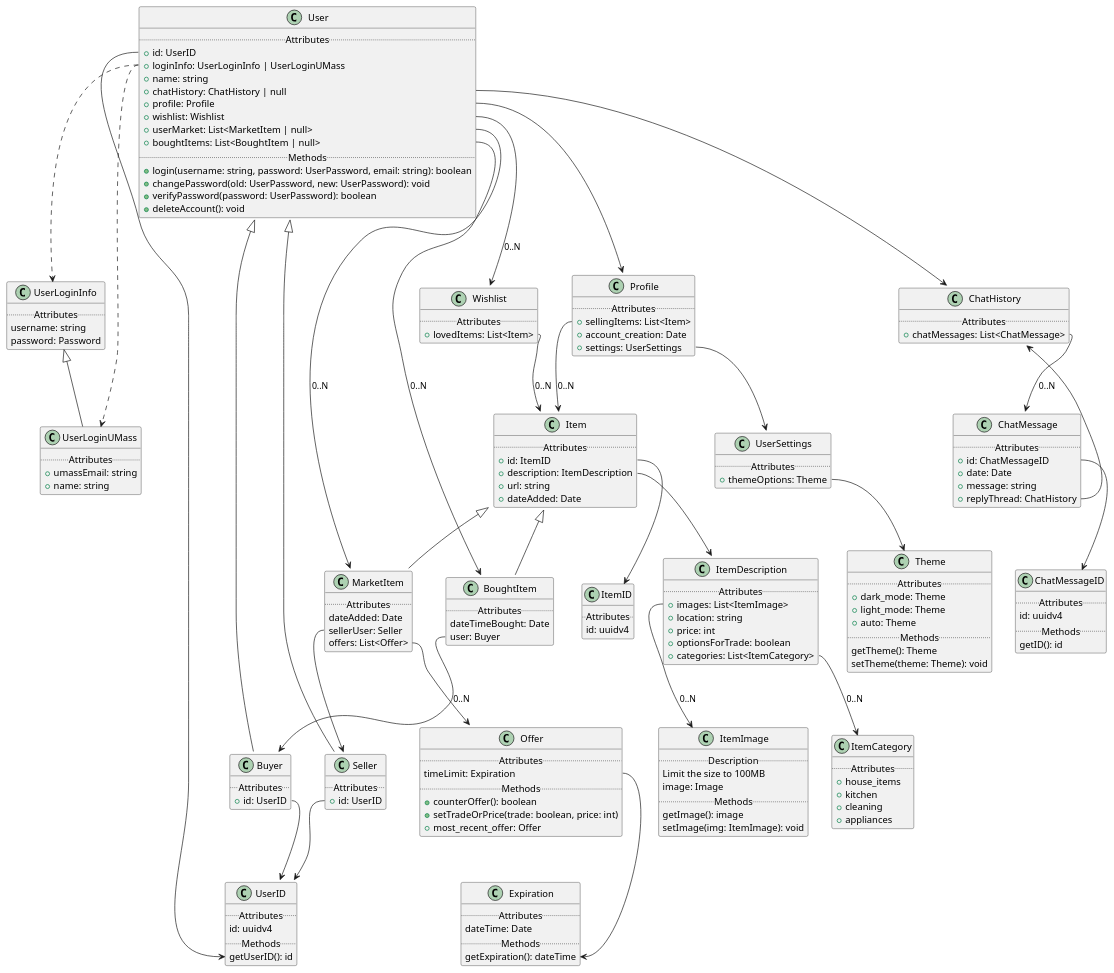
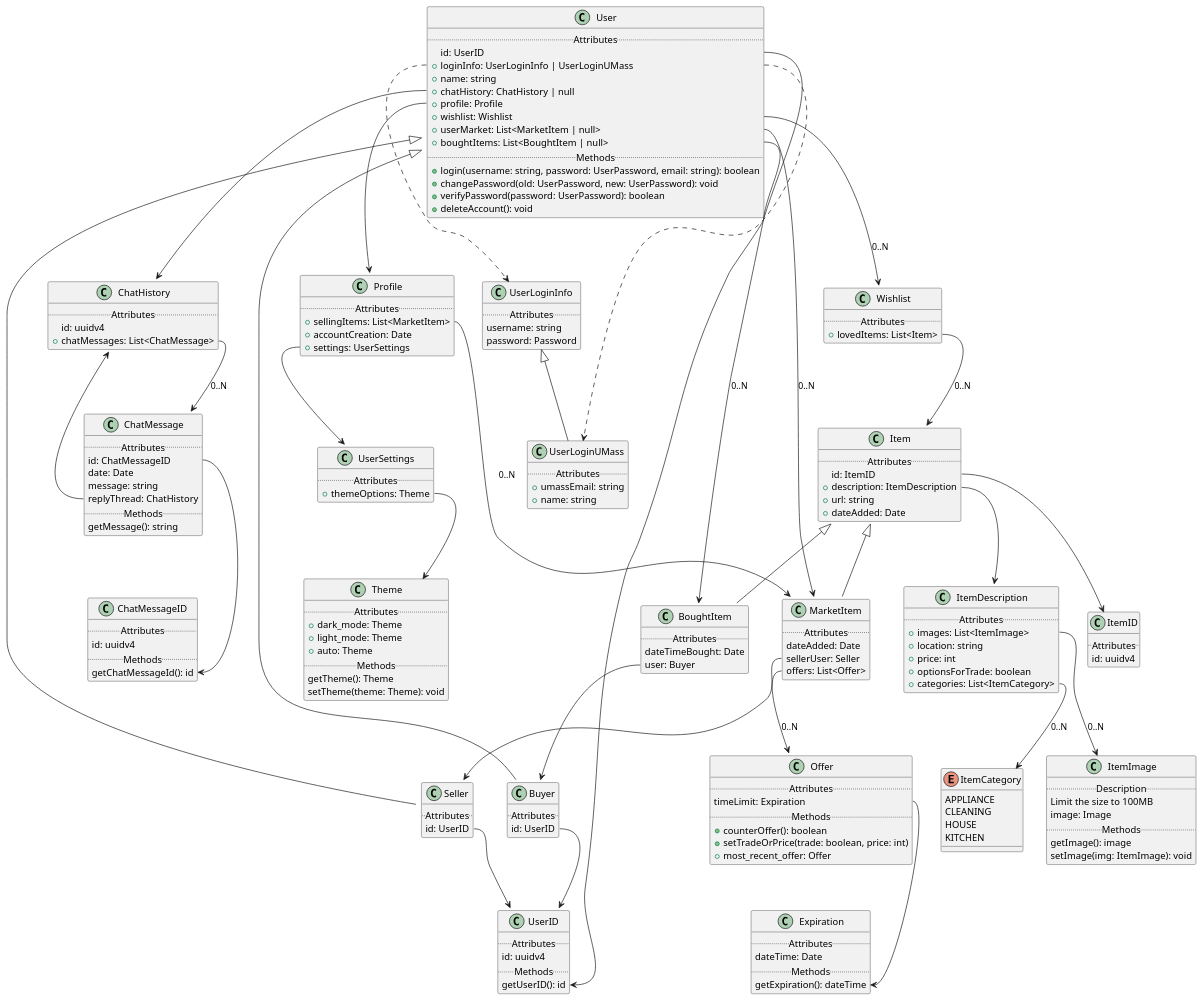
One commit to sophiatangg/CS320-Student-Marketplace changed the diagram in projectDiagram.puml. Above: the diagram before and after it, drawn with PlantUML.

```diff
--- a/projectDiagram.puml
+++ b/projectDiagram.puml
@@ -6,7 +6,7 @@
 
 class User {
   .. Attributes ..
-  + id: UserID
+  id: UserID
   + loginInfo: UserLoginInfo | UserLoginUMass
   + name: string
   + chatHistory: ChatHistory | null
@@ -42,20 +42,20 @@
 
 class Buyer extends User {
   .. Attributes ..
-  + id: UserID
+  id: UserID
 }
 
 
 class Seller extends User {
   .. Attributes ..
-  + id: UserID
+  id: UserID
 }
 
 
 
 class Item {
   .. Attributes ..
-  + id: ItemID
+  id: ItemID
   + description: ItemDescription
   + url: string
   + dateAdded: Date
@@ -107,33 +107,35 @@
 }
 
 
-class ItemCategory {
-  .. Attributes ..
-  + house_items
-  + kitchen
-  + cleaning
-  + appliances
+enum ItemCategory {
+  APPLIANCE
+  CLEANING
+  HOUSE
+  KITCHEN
 }
 
 class Profile {
   .. Attributes ..
-  + sellingItems: List<Item>
-  + account_creation: Date
+  + sellingItems: List<MarketItem>
+  + accountCreation: Date
   + settings: UserSettings
 }
 
 
 class ChatHistory {
   .. Attributes ..
+  id: uuidv4
   + chatMessages: List<ChatMessage>
 }
 
 class ChatMessage {
   .. Attributes ..
-  + id: ChatMessageID
-  + date: Date
-  + message: string
-  + replyThread: ChatHistory
+  id: ChatMessageID
+  date: Date
+  message: string
+  replyThread: ChatHistory
+  .. Methods ..
+  getMessage(): string
 }
 
 
@@ -141,7 +143,7 @@
   .. Attributes ..
   id: uuidv4
   .. Methods ..
-  getID(): id
+  getChatMessageId(): id
 }
 
 
@@ -204,10 +206,10 @@
 ItemDescription::images --> ItemImage: "0..N"
 ItemDescription::categories --> ItemCategory: "0..N"
 
-Profile::sellingItems --> Item: "0..N"
+Profile::sellingItems --> MarketItem: "0..N"
 Profile::settings --> UserSettings
 
-ChatMessage::id --> ChatMessageID
+ChatMessage::id --> ChatMessageID::getChatMessageId
 ChatMessage::replyThread --> ChatHistory
 
 ChatHistory::chatMessages --> ChatMessage: "0..N"
```
